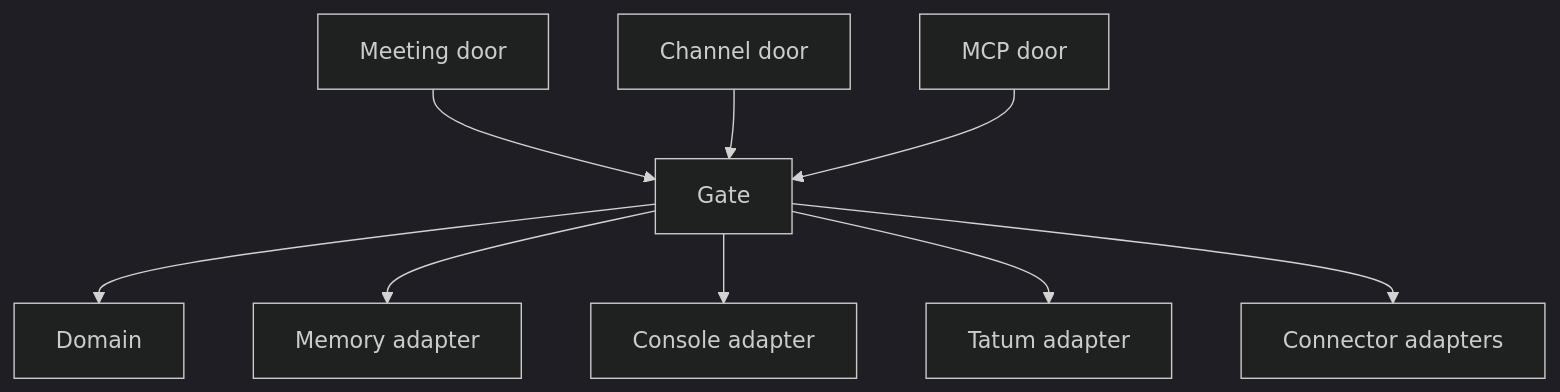
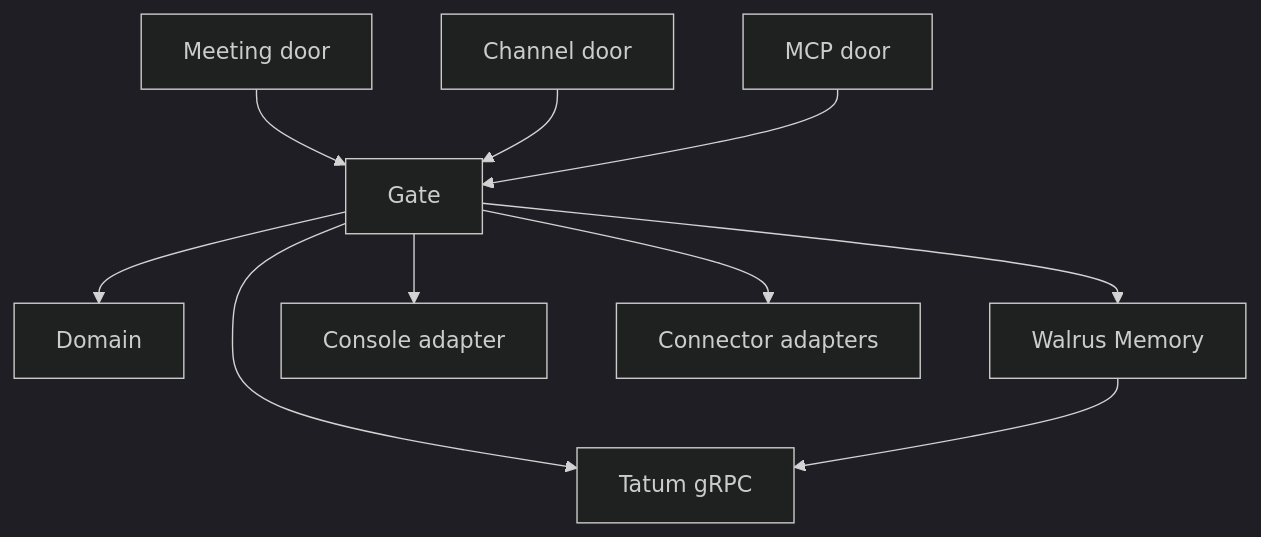
Before and after one commit to ngna3007/sederunt: the diagram in docs/design/system.md, drawn with Mermaid (dark theme). The commit also changed other lines of this file and 13 other files, not shown here.

````diff
--- a/docs/design/system.md
+++ b/docs/design/system.md
@@ -39,20 +38,21 @@
 ```mermaid
 graph TD
   meeting[Meeting door]
   channel[Channel door]
   mcp[MCP door]
   gate[Gate]
   domain[Domain]
-  memory[Memory adapter]
+  memory[Walrus Memory]
   console[Console adapter]
-  tatum[Tatum adapter]
+  tatum[Tatum gRPC]
   connectors[Connector adapters]
   meeting --> gate
   channel --> gate
   mcp --> gate
   gate --> domain
   gate --> memory
   gate --> console
   gate --> tatum
   gate --> connectors
+  memory --> tatum
 ```
````
